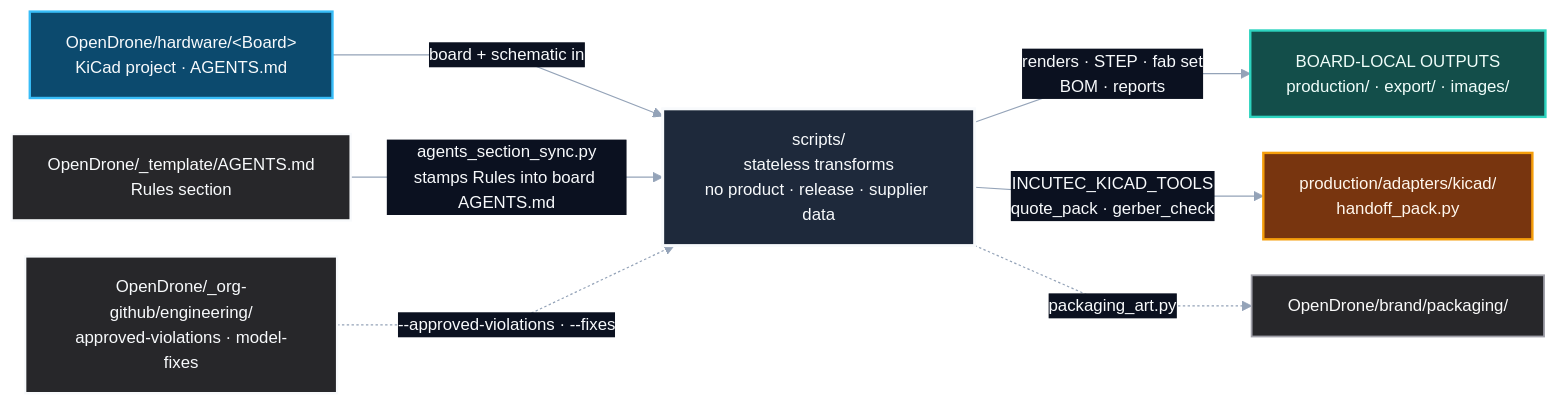
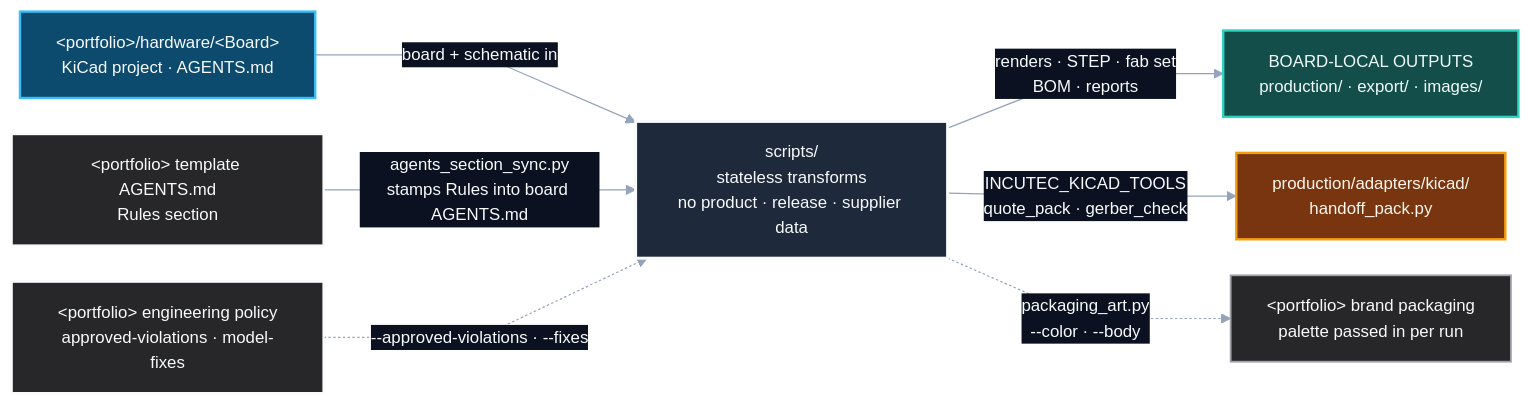
One commit to incutec-org/hardware-tooling changed the first of 7 diagrams in OVERVIEW.md. Above: the diagram before and after it, drawn with Mermaid. The commit also changed other lines of this file and 6 other files, not shown here.

````diff
--- a/OVERVIEW.md
+++ b/OVERVIEW.md
@@ -5,32 +5,32 @@
 ```mermaid
 %%{init: {"theme": "base", "themeVariables": {"background": "#0b1120", "lineColor": "#94a3b8", "primaryTextColor": "#f8fafc", "edgeLabelBackground": "#0b1120", "fontSize": "14px"}, "flowchart": {"curve": "linear", "nodeSpacing": 30, "rankSpacing": 60}}}%%
 flowchart LR
-    HW["OpenDrone/hardware/&lt;Board&gt;<br/>KiCad project · AGENTS.md"]
-    TPL["OpenDrone/_template/AGENTS.md<br/>Rules section"]
-    ORG["OpenDrone/_org-github/engineering/<br/>approved-violations · model-fixes"]
+    HW["&lt;portfolio&gt;/hardware/&lt;Board&gt;<br/>KiCad project · AGENTS.md"]
+    TPL["&lt;portfolio&gt; template AGENTS.md<br/>Rules section"]
+    ORG["&lt;portfolio&gt; engineering policy<br/>approved-violations · model-fixes"]
     SCR["scripts/<br/>stateless transforms<br/>no product · release · supplier data"]
     PROD["production/adapters/kicad/<br/>handoff_pack.py"]
-    BRAND["OpenDrone/brand/packaging/"]
+    BRAND["&lt;portfolio&gt; brand packaging<br/>palette passed in per run"]
     OUT["BOARD-LOCAL OUTPUTS<br/>production/ · export/ · images/"]
 
     HW -->|"board + schematic in"| SCR
     TPL -->|"agents_section_sync.py<br/>stamps Rules into board AGENTS.md"| SCR
     ORG -.->|"--approved-violations · --fixes"| SCR
     SCR -->|"renders · STEP · fab set<br/>BOM · reports"| OUT
     SCR -->|"INCUTEC_KICAD_TOOLS<br/>quote_pack · gerber_check"| PROD
-    SCR -.->|"packaging_art.py"| BRAND
+    SCR -.->|"packaging_art.py<br/>--color · --body"| BRAND
 
     classDef design fill:#0c4a6e,stroke:#38bdf8,color:#f8fafc,stroke-width:2px;
     classDef policy fill:#27272a,stroke:#f8fafc,color:#f8fafc,stroke-width:2px;
     classDef tool fill:#1e293b,stroke:#f8fafc,color:#f8fafc,stroke-width:2.5px;
     classDef production fill:#78350f,stroke:#f59e0b,color:#fff7ed,stroke-width:2px;
     classDef out fill:#134e4a,stroke:#2dd4bf,color:#f0fdfa,stroke-width:2px;
     classDef brand fill:#27272a,stroke:#a1a1aa,color:#fafafa,stroke-width:1.5px;
 
     class HW design;
     class TPL,ORG policy;
     class SCR tool;
     class PROD production;
     class OUT out;
     class BRAND brand;
 ```
````
